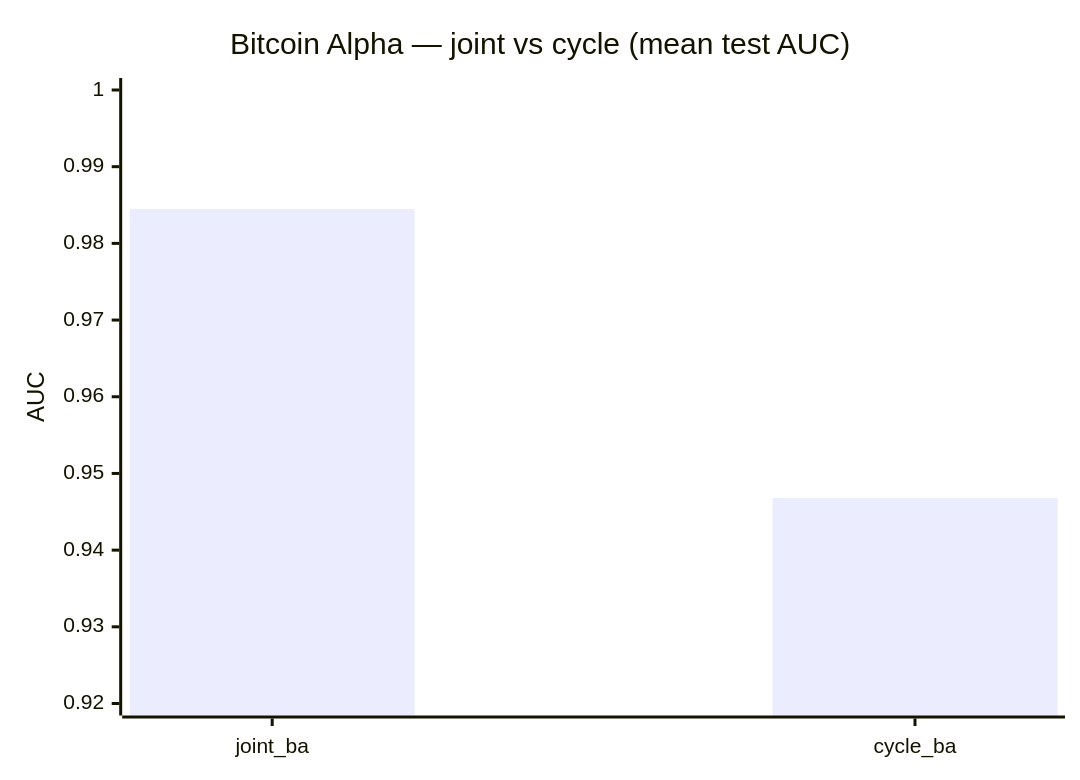
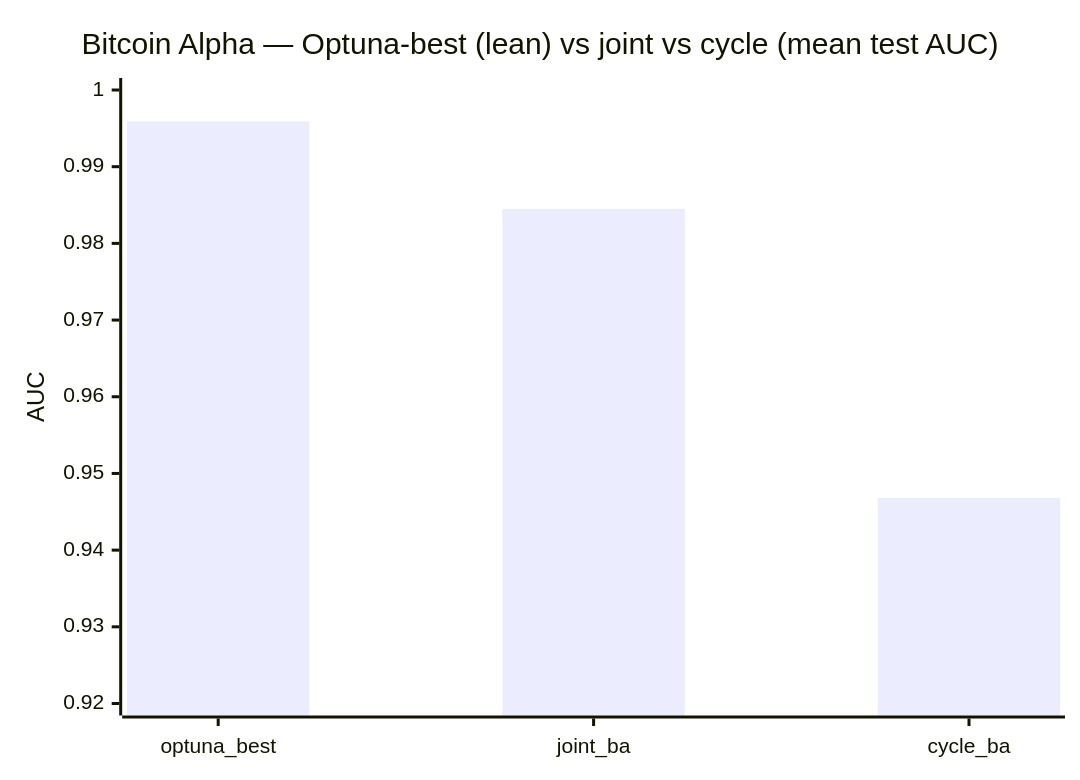
One commit to kyberszittya/hymeko_framework_rust changed the second of 6 diagrams in docs/SOTA_RESULTS.md. Above: the diagram before and after it, drawn with Mermaid. The commit also changed other lines of this file and 262 other files, not shown here.

````diff
--- a/docs/SOTA_RESULTS.md
+++ b/docs/SOTA_RESULTS.md
@@ -43,7 +78,7 @@
 ```mermaid
 xychart-beta
-    title "Bitcoin Alpha — joint vs cycle (mean test AUC)"
-    x-axis ["joint_ba", "cycle_ba"]
+    title "Bitcoin Alpha — Optuna-best (lean) vs joint vs cycle (mean test AUC)"
+    x-axis ["optuna_best", "joint_ba", "cycle_ba"]
     y-axis "AUC" 0.92 --> 1.0
-    bar [0.9845, 0.9468]
+    bar [0.9959, 0.9845, 0.9468]
 ```
````
